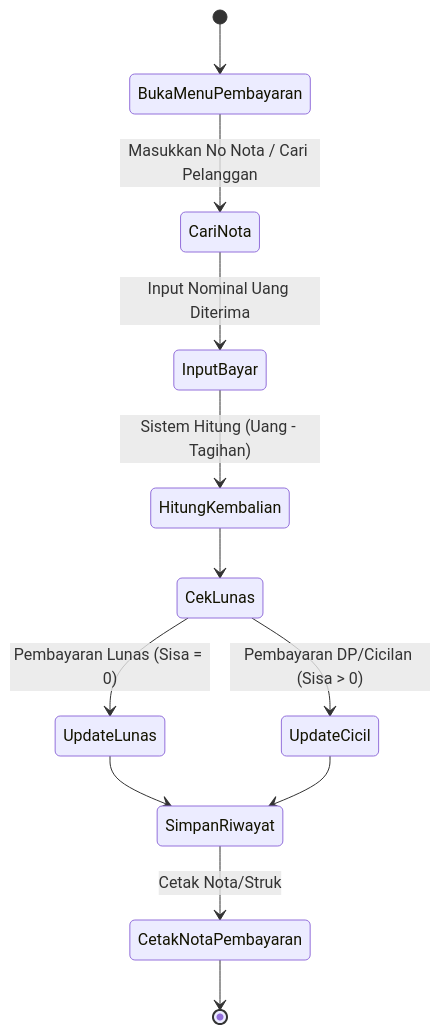
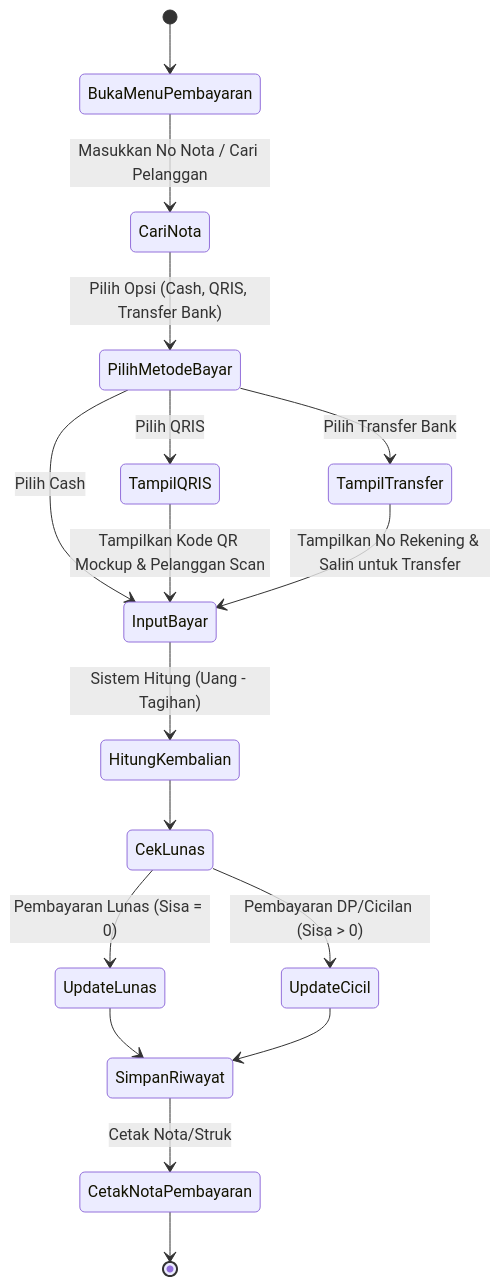
Before and after one commit to rachmatx/sparkleen-laundry: the fourth of 12 diagrams in uml_and_system_design_documentation.md, drawn with Mermaid. The commit also changed other lines of this file and 42 other files, not shown here.

First line of the commit message:
feat: implement dynamic payment UI, BPMN diagram, and mermaid renderer enhancements

````diff
--- a/uml_and_system_design_documentation.md
+++ b/uml_and_system_design_documentation.md
@@ -107,17 +115,26 @@
 ```mermaid
 stateDiagram-v2
     [*] --> BukaMenuPembayaran
     BukaMenuPembayaran --> CariNota : Masukkan No Nota / Cari Pelanggan
-    CariNota --> InputBayar : Input Nominal Uang Diterima
+    CariNota --> PilihMetodeBayar : Pilih Opsi (Cash, QRIS, Transfer Bank)
+    
+    state PilihMetodeBayar <<choice>>
+    PilihMetodeBayar --> TampilQRIS : Pilih QRIS
+    PilihMetodeBayar --> TampilTransfer : Pilih Transfer Bank
+    PilihMetodeBayar --> InputBayar : Pilih Cash
+    
+    TampilQRIS --> InputBayar : Tampilkan Kode QR Mockup & Pelanggan Scan
+    TampilTransfer --> InputBayar : Tampilkan No Rekening & Salin untuk Transfer
+    
     InputBayar --> HitungKembalian : Sistem Hitung (Uang - Tagihan)
     HitungKembalian --> CekLunas
     
     state CekLunas <<choice>>
     CekLunas --> UpdateLunas : Pembayaran Lunas (Sisa = 0)
     CekLunas --> UpdateCicil : Pembayaran DP/Cicilan (Sisa > 0)
     
     UpdateLunas --> SimpanRiwayat
     UpdateCicil --> SimpanRiwayat
     SimpanRiwayat --> CetakNotaPembayaran : Cetak Nota/Struk
     CetakNotaPembayaran --> [*]
 ```
````
